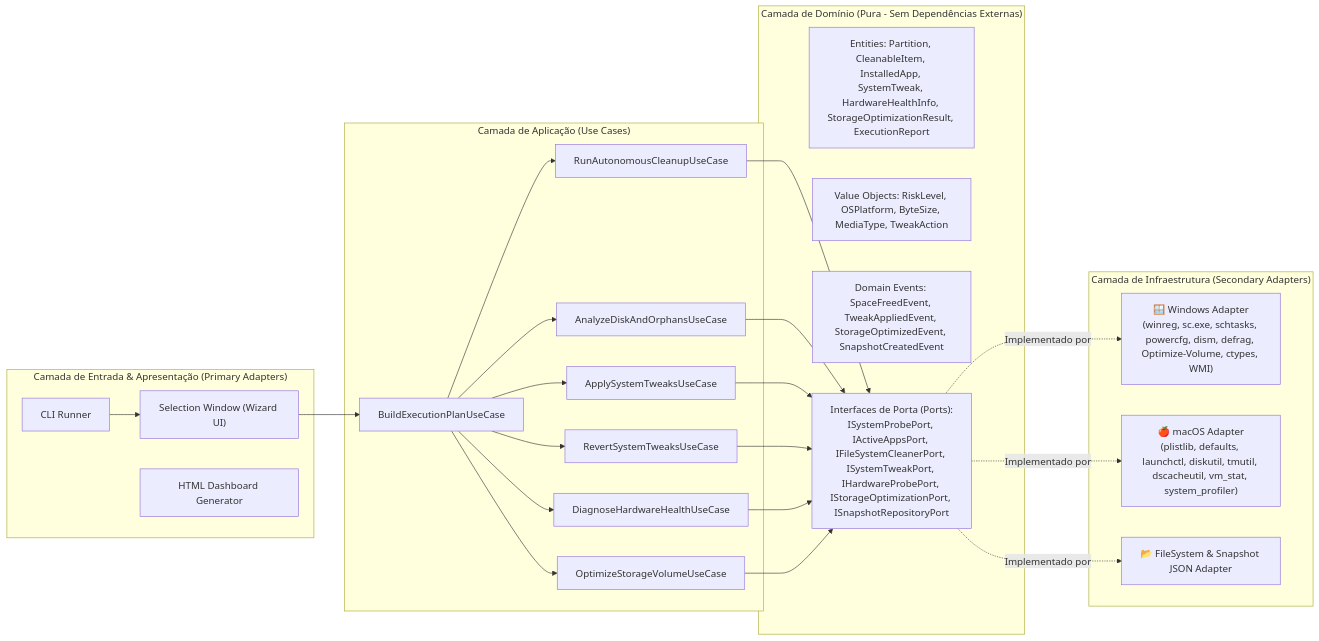
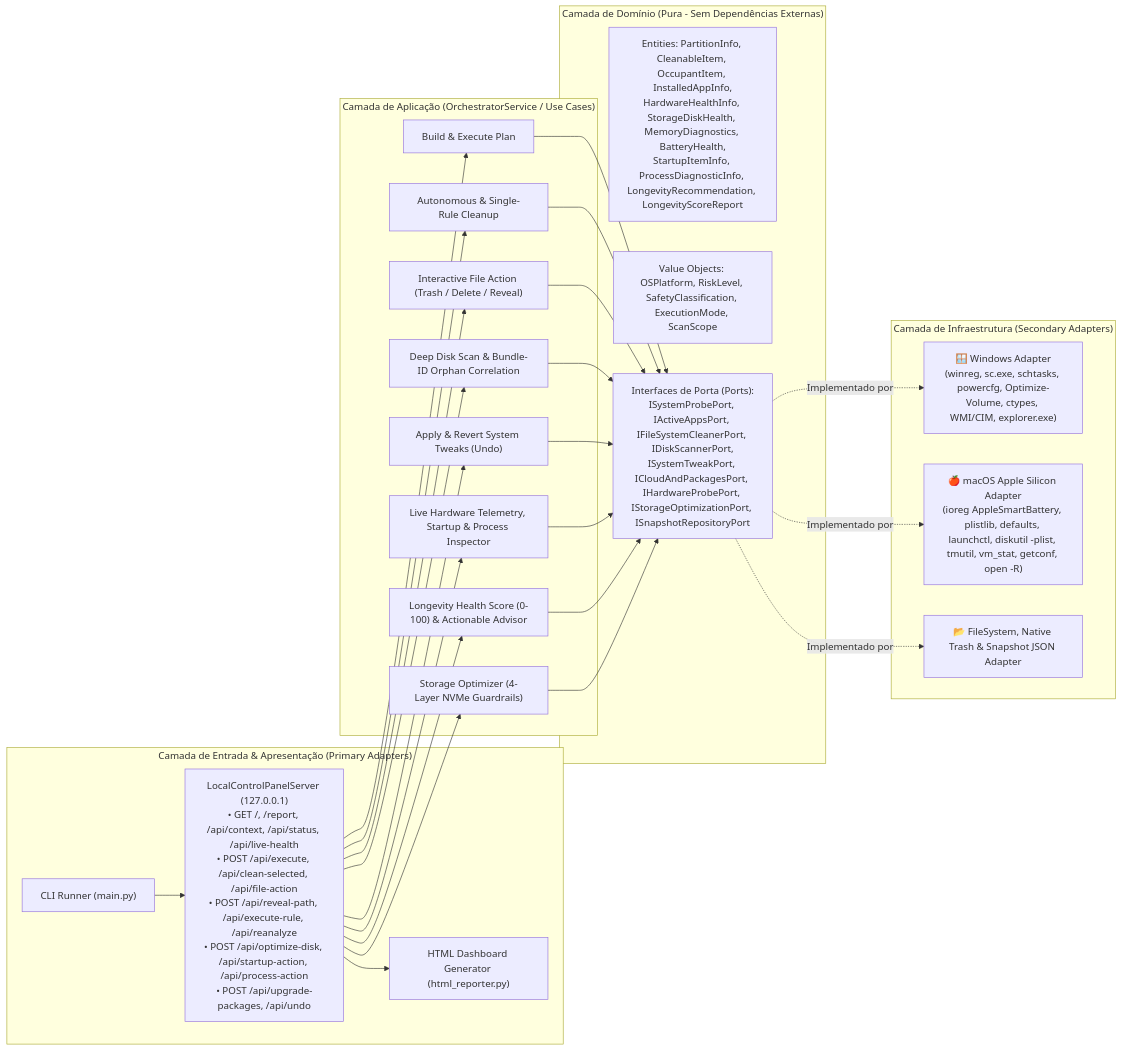
Before and after one commit to abdielcordeiro/limpeza-desktop: the fourth of 5 diagrams in docs/architecture/01-SYSTEM-DESIGN-C4.md, drawn with Mermaid. The commit also changed other lines of this file and 20 other files, not shown here.

First line of the commit message:
feat(macos): implement deep clean, web hooks, longevity health score and security guardrails

````diff
--- a/docs/architecture/01-SYSTEM-DESIGN-C4.md
+++ b/docs/architecture/01-SYSTEM-DESIGN-C4.md
@@ -97,51 +103,55 @@
 ```mermaid
 flowchart LR
     subgraph Presentation["Camada de Entrada & Apresentação (Primary Adapters)"]
-        EntryCLI["CLI Runner"]
-        ConfigWindow["Selection Window (Wizard UI)"]
-        HTMLGen["HTML Dashboard Generator"]
+        EntryCLI["CLI Runner (main.py)"]
+        LocalWebServer["LocalControlPanelServer (127.0.0.1)<br/>• GET /, /report, /api/context, /api/status, /api/live-health<br/>• POST /api/execute, /api/clean-selected, /api/file-action<br/>• POST /api/reveal-path, /api/execute-rule, /api/reanalyze<br/>• POST /api/optimize-disk, /api/startup-action, /api/process-action<br/>• POST /api/upgrade-packages, /api/undo"]
+        HTMLGen["HTML Dashboard Generator (html_reporter.py)"]
     end
 
-    subgraph Application["Camada de Aplicação (Use Cases)"]
-        UC_Plan["BuildExecutionPlanUseCase"]
-        UC_Clean["RunAutonomousCleanupUseCase"]
-        UC_Scan["AnalyzeDiskAndOrphansUseCase"]
-        UC_Opt["ApplySystemTweaksUseCase"]
-        UC_Undo["RevertSystemTweaksUseCase"]
-        UC_Hw["DiagnoseHardwareHealthUseCase"]
-        UC_DskOpt["OptimizeStorageVolumeUseCase"]
+    subgraph Application["Camada de Aplicação (OrchestratorService / Use Cases)"]
+        UC_Plan["Build & Execute Plan"]
+        UC_Clean["Autonomous & Single-Rule Cleanup"]
+        UC_FileAct["Interactive File Action (Trash / Delete / Reveal)"]
+        UC_Scan["Deep Disk Scan & Bundle-ID Orphan Correlation"]
+        UC_Opt["Apply & Revert System Tweaks (Undo)"]
+        UC_Hw["Live Hardware Telemetry, Startup & Process Inspector"]
+        UC_Advisor["Longevity Health Score (0-100) & Actionable Advisor"]
+        UC_DskOpt["Storage Optimizer (4-Layer NVMe Guardrails)"]
     end
 
     subgraph Domain["Camada de Domínio (Pura - Sem Dependências Externas)"]
-        Entities["Entities: Partition, CleanableItem, InstalledApp, SystemTweak, HardwareHealthInfo, StorageOptimizationResult, ExecutionReport"]
-        ValueObjects["Value Objects: RiskLevel, OSPlatform, ByteSize, MediaType, TweakAction"]
-        DomainEvents["Domain Events: SpaceFreedEvent, TweakAppliedEvent, StorageOptimizedEvent, SnapshotCreatedEvent"]
-        Ports["Interfaces de Porta (Ports):<br/>ISystemProbePort, IActiveAppsPort, IFileSystemCleanerPort, ISystemTweakPort, IHardwareProbePort, IStorageOptimizationPort, ISnapshotRepositoryPort"]
+        Entities["Entities: PartitionInfo, CleanableItem, OccupantItem, InstalledAppInfo,<br/>HardwareHealthInfo, StorageDiskHealth, MemoryDiagnostics, BatteryHealth,<br/>StartupItemInfo, ProcessDiagnosticInfo, LongevityRecommendation, LongevityScoreReport"]
+        ValueObjects["Value Objects: OSPlatform, RiskLevel, SafetyClassification, ExecutionMode, ScanScope"]
+        Ports["Interfaces de Porta (Ports):<br/>ISystemProbePort, IActiveAppsPort, IFileSystemCleanerPort, IDiskScannerPort,<br/>ISystemTweakPort, ICloudAndPackagesPort, IHardwareProbePort, IStorageOptimizationPort, ISnapshotRepositoryPort"]
     end
 
     subgraph Infrastructure["Camada de Infraestrutura (Secondary Adapters)"]
-        WinAdapter["🪟 Windows Adapter<br/>(winreg, sc.exe, schtasks, powercfg, dism, defrag, Optimize-Volume, ctypes, WMI)"]
-        MacAdapter["🍎 macOS Adapter<br/>(plistlib, defaults, launchctl, diskutil, tmutil, dscacheutil, vm_stat, system_profiler)"]
-        LocalFSAdapter["📂 FileSystem & Snapshot JSON Adapter"]
+        WinAdapter["🪟 Windows Adapter<br/>(winreg, sc.exe, schtasks, powercfg, Optimize-Volume, ctypes, WMI/CIM, explorer.exe)"]
+        MacAdapter["🍎 macOS Apple Silicon Adapter<br/>(ioreg AppleSmartBattery, plistlib, defaults, launchctl, diskutil -plist, tmutil, vm_stat, getconf, open -R)"]
+        LocalFSAdapter["📂 FileSystem, Native Trash & Snapshot JSON Adapter"]
     end
 
-    EntryCLI --> ConfigWindow
-    ConfigWindow --> UC_Plan
-    UC_Plan --> UC_Clean
-    UC_Plan --> UC_Scan
-    UC_Plan --> UC_Opt
-    UC_Plan --> UC_Undo
-    UC_Plan --> UC_Hw
-    UC_Plan --> UC_DskOpt
+    EntryCLI --> LocalWebServer
+    LocalWebServer --> UC_Plan
+    LocalWebServer --> UC_Clean
+    LocalWebServer --> UC_FileAct
+    LocalWebServer --> UC_Scan
+    LocalWebServer --> UC_Opt
+    LocalWebServer --> UC_Hw
+    LocalWebServer --> UC_Advisor
+    LocalWebServer --> UC_DskOpt
+    LocalWebServer --> HTMLGen
 
+    UC_Plan --> Ports
     UC_Clean --> Ports
+    UC_FileAct --> Ports
     UC_Scan --> Ports
     UC_Opt --> Ports
-    UC_Undo --> Ports
     UC_Hw --> Ports
+    UC_Advisor --> Ports
     UC_DskOpt --> Ports
 
     Ports -.->|"Implementado por"| WinAdapter
     Ports -.->|"Implementado por"| MacAdapter
     Ports -.->|"Implementado por"| LocalFSAdapter
 ```
````
